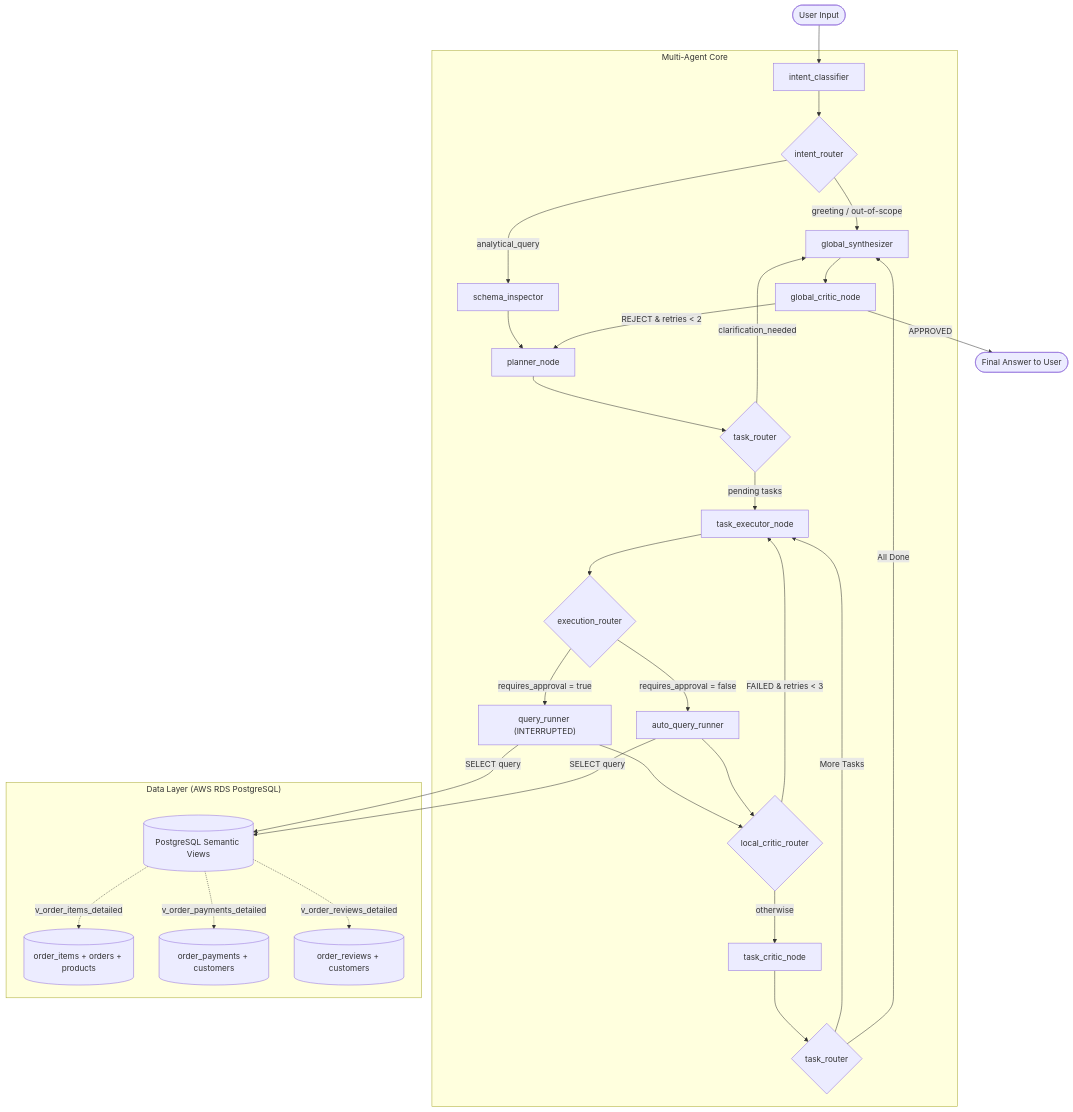
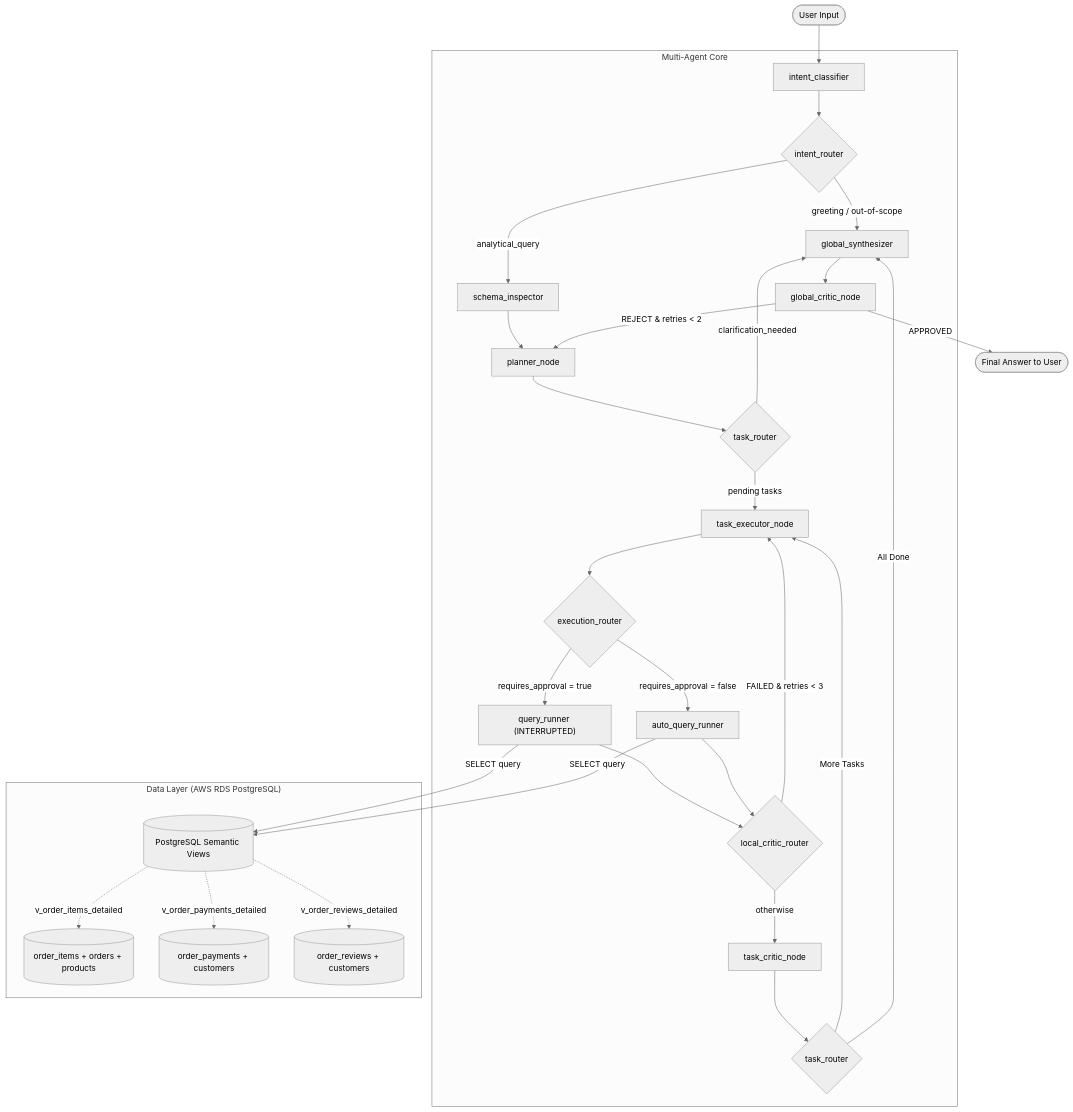
One commit to Roberttwil/Olist changed the diagram in README.md. Above: the diagram before and after it, drawn with Mermaid.

Commit message:
docs: apply neutral Mermaid theme to remove yellow subgraph backgrounds

````diff
--- a/README.md
+++ b/README.md
@@ -24,47 +24,48 @@
 ```mermaid
+%%{init: {'theme': 'neutral'}}%%
 graph TD
     User([User Input]) --> IntentClass[intent_classifier]
 
     subgraph Multi-Agent Core
         %% Intent classification gate
         IntentClass --> IntentRouter{intent_router}
         IntentRouter -- "greeting / out-of-scope" --> Synthesizer[global_synthesizer]
         IntentRouter -- "analytical_query" --> SchemaInspect[schema_inspector]
 
         SchemaInspect --> Planner[planner_node]
 
         %% Planner task routing
         Planner --> TaskRouter{task_router}
         TaskRouter -- "clarification_needed" --> Synthesizer
         TaskRouter -- "pending tasks" --> Executor[task_executor_node]
 
         %% Hybrid approval routing
         Executor --> ExecRouter{execution_router}
         ExecRouter -- "requires_approval = true" --> Runner["query_runner (INTERRUPTED)"]
         ExecRouter -- "requires_approval = false" --> AutoRunner[auto_query_runner]
 
         %% Local critic router - immediate self-healing retry
         Runner --> LocalRouter{local_critic_router}
         AutoRunner --> LocalRouter
         LocalRouter -- "FAILED & retries < 3" --> Executor
         LocalRouter -- "otherwise" --> TaskCritic[task_critic_node]
 
         %% Task critic reuses task_router
         TaskCritic --> TaskRouter2{task_router}
         TaskRouter2 -- "More Tasks" --> Executor
         TaskRouter2 -- "All Done" --> Synthesizer
 
         %% Global quality audit
         Synthesizer --> GlobalCritic[global_critic_node]
         GlobalCritic -- "REJECT & retries < 2" --> Planner
     end
 
     subgraph "Data Layer (AWS RDS PostgreSQL)"
         Runner & AutoRunner -->|SELECT query| SemanticViews[("PostgreSQL Semantic Views")]
         SemanticViews -.->|v_order_items_detailed| Table1[("order_items + orders + products")]
         SemanticViews -.->|v_order_payments_detailed| Table2[("order_payments + customers")]
         SemanticViews -.->|v_order_reviews_detailed| Table3[("order_reviews + customers")]
     end
 
     GlobalCritic -- "APPROVED" --> Output([Final Answer to User])
 ```
````
